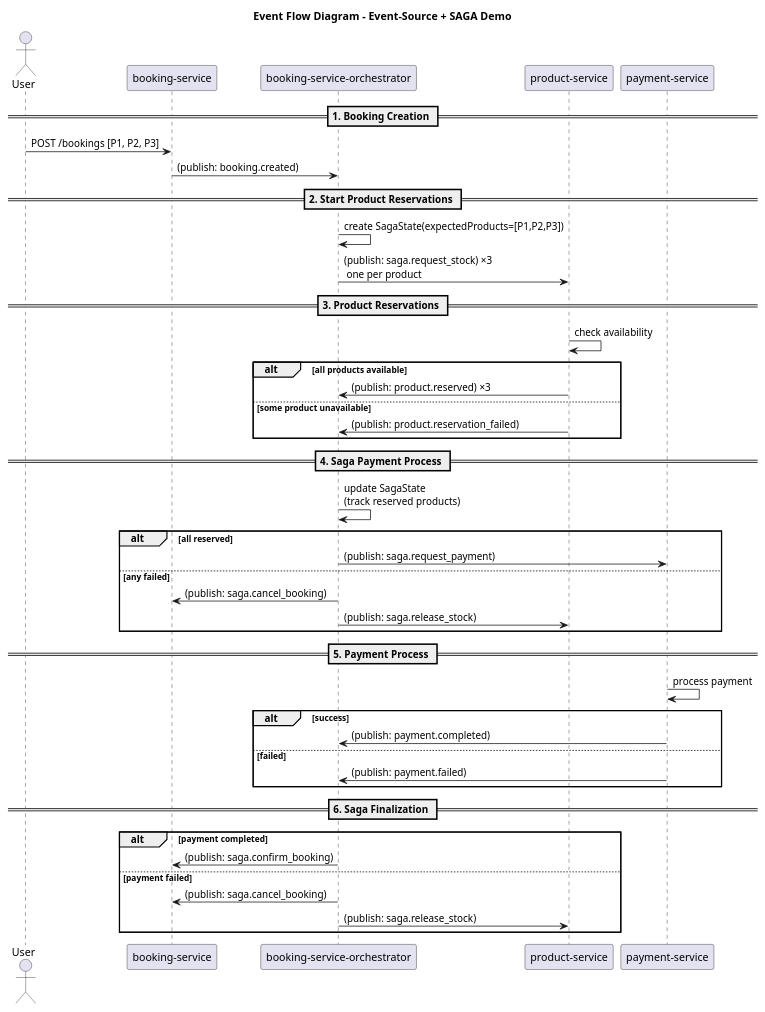
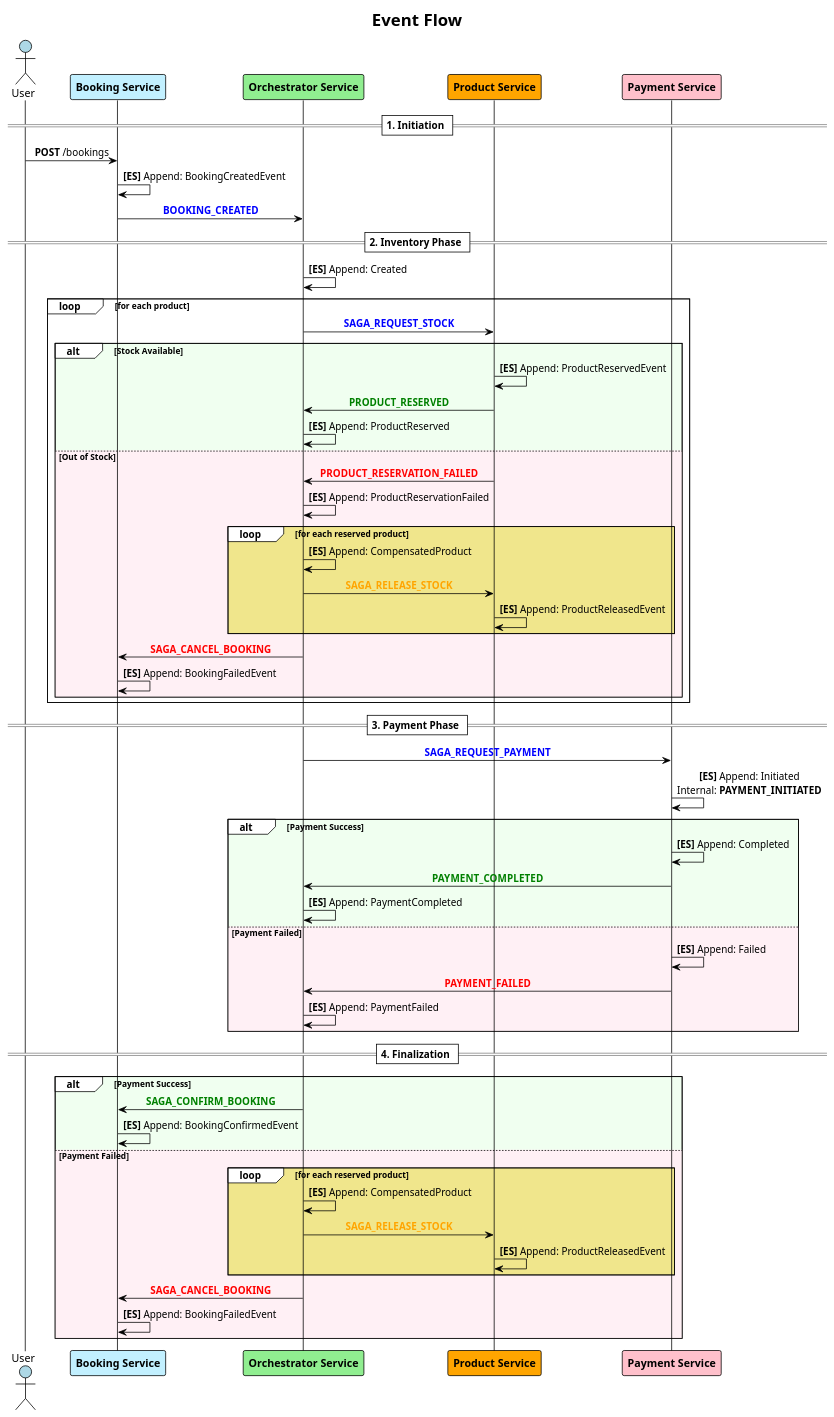
The diagram in docs/SAGA-diagram.puml (matiesmengo/event-sourcing-cqrs-demo), drawn with PlantUML before and after one commit. The commit also changed 6 other files, not shown here.

```diff
--- a/docs/SAGA-diagram.puml
+++ b/docs/SAGA-diagram.puml
@@ -1,51 +1,70 @@
 @startuml
-title Event Flow Diagram - Event-Source + SAGA Demo
+!theme plain
+skinparam sequenceMessageAlign center
+skinparam shadowing false
 
-actor User
-participant "booking-service" as Booking
-participant "booking-service-orchestrator" as Saga
-participant "product-service" as Product
-participant "payment-service" as Payment
+title **Event Flow**
 
-== 1. Booking Creation ==
-User -> Booking : POST /bookings [P1, P2, P3]
-Booking -> Saga : (publish: booking.created)
+actor User #LightBlue
+participant "**Booking Service**" as booking #APPLICATION
+participant "**Orchestrator Service**" as orchestrator #LightGreen
+participant "**Product Service**" as product #Orange
+participant "**Payment Service**" as payment #Pink
 
-== 2. Start Product Reservations ==
-Saga -> Saga : create SagaState(expectedProducts=[P1,P2,P3])
-Saga -> Product : (publish: saga.request_stock) ×3 \n one per product
+== 1. Initiation ==
+User -> booking : **POST** /bookings
+booking -> booking : **[ES]** Append: BookingCreatedEvent
+booking -> orchestrator : <font color=blue>**BOOKING_CREATED**</font>
 
-== 3. Product Reservations ==
-Product -> Product : check availability
-alt all products available
-    Product -> Saga : (publish: product.reserved) ×3
-else some product unavailable
-    Product -> Saga : (publish: product.reservation_failed)
+== 2. Inventory Phase ==
+orchestrator -> orchestrator : **[ES]** Append: Created
+loop for each product
+    orchestrator -> product : <font color=blue>**SAGA_REQUEST_STOCK**</font>
+    alt #HoneyDew Stock Available
+        product -> product : **[ES]** Append: ProductReservedEvent
+        product -> orchestrator : <font color=green>**PRODUCT_RESERVED**</font>
+        orchestrator -> orchestrator : **[ES]** Append: ProductReserved
+    else #LavenderBlush Out of Stock
+        product -> orchestrator : <font color=red>**PRODUCT_RESERVATION_FAILED**</font>
+        orchestrator -> orchestrator : **[ES]** Append: ProductReservationFailed
+        loop #khaki for each reserved product
+            orchestrator -> orchestrator : **[ES]** Append: CompensatedProduct
+            orchestrator -> product : <font color=orange>**SAGA_RELEASE_STOCK**</font>
+            product -> product : **[ES]** Append: ProductReleasedEvent
+        end
+        orchestrator -> booking : <font color=red>**SAGA_CANCEL_BOOKING**</font>
+        booking -> booking : **[ES]** Append: BookingFailedEvent
+    end
 end
 
-== 4. Saga Payment Process ==
-Saga -> Saga : update SagaState\n(track reserved products)
-alt all reserved
-    Saga -> Payment : (publish: saga.request_payment)
-else any failed
-    Saga -> Booking : (publish: saga.cancel_booking)
-    Saga -> Product : (publish: saga.release_stock)
-end
+== 3. Payment Phase ==
+    orchestrator -> payment : <font color=blue>**SAGA_REQUEST_PAYMENT**</font>
+    payment -> payment : **[ES]** Append: Initiated\nInternal: **PAYMENT_INITIATED**
 
-== 5. Payment Process ==
-Payment -> Payment : process payment
-alt success
-    Payment -> Saga : (publish: payment.completed)
-else failed
-    Payment -> Saga : (publish: payment.failed)
-end
+    alt #HoneyDew Payment Success
+        payment -> payment : **[ES]** Append: Completed
+        payment -> orchestrator : <font color=green>**PAYMENT_COMPLETED**</font>
+        orchestrator -> orchestrator : **[ES]** Append: PaymentCompleted
 
-== 6. Saga Finalization ==
-alt payment completed
-    Saga -> Booking : (publish: saga.confirm_booking)
-else payment failed
-    Saga -> Booking : (publish: saga.cancel_booking)
-    Saga -> Product : (publish: saga.release_stock)
+    else #LavenderBlush Payment Failed
+        payment -> payment : **[ES]** Append: Failed
+        payment -> orchestrator : <font color=red>**PAYMENT_FAILED**</font>
+        orchestrator -> orchestrator : **[ES]** Append: PaymentFailed
+    end
+
+
+== 4. Finalization ==
+alt #HoneyDew Payment Success
+    orchestrator -> booking : <font color=green>**SAGA_CONFIRM_BOOKING**</font>
+    booking -> booking : **[ES]** Append: BookingConfirmedEvent
+else #LavenderBlush Payment Failed
+    loop #khaki for each reserved product
+        orchestrator -> orchestrator : **[ES]** Append: CompensatedProduct
+        orchestrator -> product : <font color=orange>**SAGA_RELEASE_STOCK**</font>
+        product -> product : **[ES]** Append: ProductReleasedEvent
+    end
+    orchestrator -> booking : <font color=red>**SAGA_CANCEL_BOOKING**</font>
+    booking -> booking : **[ES]** Append: BookingFailedEvent
 end
 
 @enduml
```
